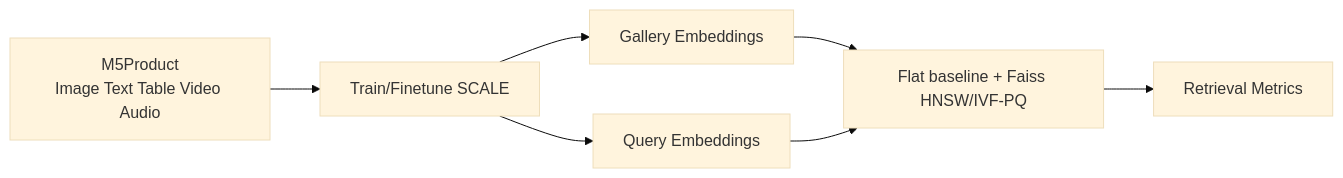
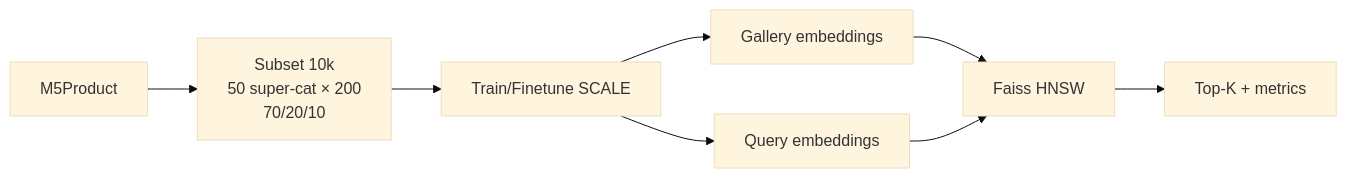
One commit to Computer-Vision-HCMUS/Product-Ecommerce-Image-Retrieval changed the diagram in docs/proposal/03_Datasets.md. Above: the diagram before and after it, drawn with Mermaid (base theme). The commit also changed other lines of this file and 88 other files, not shown here.

````diff
--- a/docs/proposal/03_Datasets.md
+++ b/docs/proposal/03_Datasets.md
@@ -55,9 +64,10 @@
 ```mermaid
 flowchart LR
-    D["M5Product<br/>Image Text Table Video Audio"] --> S["Train/Finetune SCALE"]
-    S --> G["Gallery Embeddings"]
-    S --> Q["Query Embeddings"]
-    G --> A["Flat baseline + Faiss HNSW/IVF-PQ"]
-    Q --> A
-    A --> M["Retrieval Metrics"]
+    D["M5Product"] --> SUB["Subset 10k<br/>50 super-cat × 200<br/>70/20/10"]
+    SUB --> S["Train/Finetune SCALE"]
+    S --> G["Gallery embeddings"]
+    S --> Q["Query embeddings"]
+    G --> H["Faiss HNSW"]
+    Q --> H
+    H --> M["Top-K + metrics"]
 ```
````
